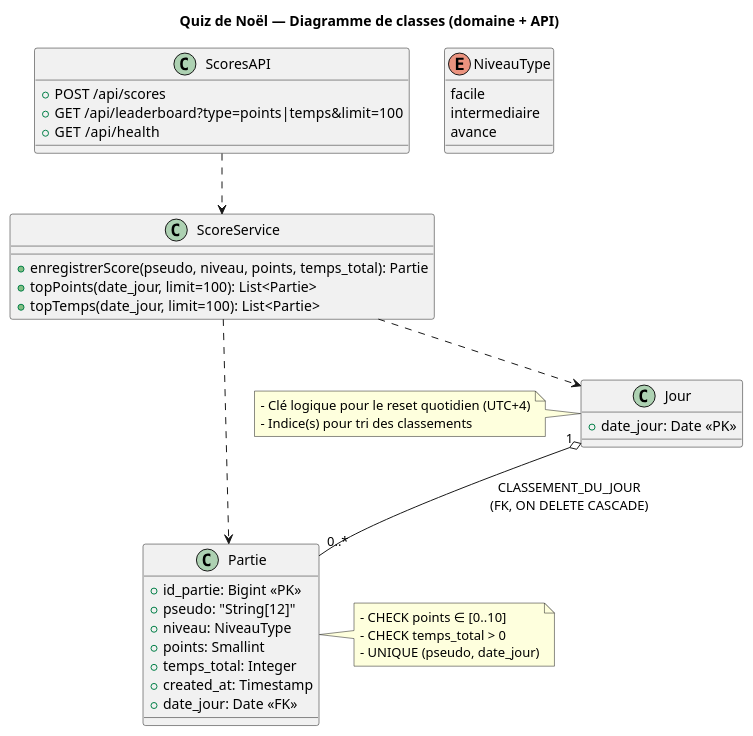
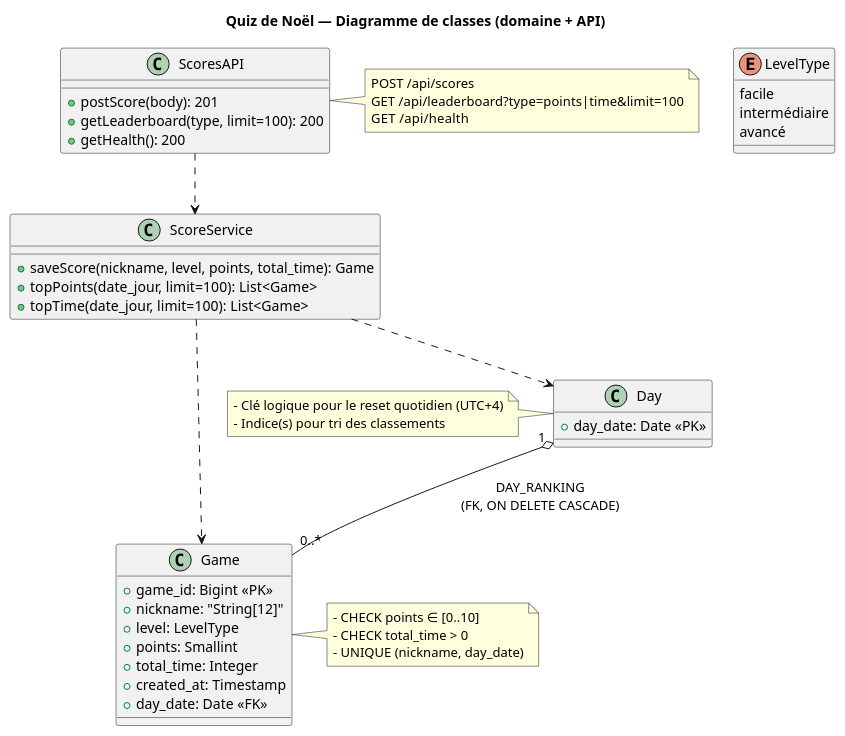
The diagram in 03-Technical Specifications Document/07-API-System Design/02-UML Diagrams/a-Class Diagrams/class_diagram.puml (Aura974/Xmas-Quiz-Conception-2025), drawn with PlantUML before and after one commit. The commit also changed 4 other files, not shown here.

```diff
--- a/03-Technical Specifications Document/07-API-System Design/02-UML Diagrams/a-Class Diagrams/class_diagram.puml
+++ b/03-Technical Specifications Document/07-API-System Design/02-UML Diagrams/a-Class Diagrams/class_diagram.puml
@@ -1,56 +1,62 @@
 @startuml class diagram
 title Quiz de Noël — Diagramme de classes (domaine + API)
 
 ' === Types & Domaines ===
-enum NiveauType {
+enum LevelType {
   facile
-  intermediaire
-  avance
+  intermédiaire
+  avancé
 }
 
-class Jour {
-  +date_jour: Date <<PK>>
+class Day {
+  +day_date: Date <<PK>>
 }
 
-class Partie {
-  +id_partie: Bigint <<PK>>
-  +pseudo: "String[12]"
-  +niveau: NiveauType
+class Game {
+  +game_id: Bigint <<PK>>
+  +nickname: "String[12]"
+  +level: LevelType
   +points: Smallint
-  +temps_total: Integer
+  +total_time: Integer
   +created_at: Timestamp
-  +date_jour: Date <<FK>>
+  +day_date: Date <<FK>>
 }
 
 ' Association (composition logique) : un jour agrège des parties
-Jour "1" o-- "0..*" Partie : CLASSEMENT_DU_JOUR\n(FK, ON DELETE CASCADE)
+Day "1" o-- "0..*" Game : DAY_RANKING\n(FK, ON DELETE CASCADE)
 
 ' === Couche applicative (API / Service) ===
 class ScoreService {
-  +enregistrerScore(pseudo, niveau, points, temps_total): Partie
-  +topPoints(date_jour, limit=100): List<Partie>
-  +topTemps(date_jour, limit=100): List<Partie>
+  +saveScore(nickname, level, points, total_time): Game
+  +topPoints(date_jour, limit=100): List<Game>
+  +topTime(date_jour, limit=100): List<Game>
 }
 
 class ScoresAPI {
-  +POST /api/scores
-  +GET  /api/leaderboard?type=points|temps&limit=100
-  +GET  /api/health
+  +postScore(body): 201
+  +getLeaderboard(type, limit=100): 200
+  +getHealth(): 200
 }
 
+note right of ScoresAPI
+POST /api/scores
+GET  /api/leaderboard?type=points|time&limit=100
+GET  /api/health
+end note
+
 ScoresAPI ..> ScoreService
-ScoreService ..> Partie
-ScoreService ..> Jour
+ScoreService ..> Game
+ScoreService ..> Day
 
 ' === Contraintes (notes) ===
-note right of Partie
+note right of Game
 - CHECK points ∈ [0..10]
-- CHECK temps_total > 0
-- UNIQUE (pseudo, date_jour)
+- CHECK total_time > 0
+- UNIQUE (nickname, day_date)
 end note
 
-note left of Jour
+note left of Day
 - Clé logique pour le reset quotidien (UTC+4)
 - Indice(s) pour tri des classements
 end note
 @enduml
```
